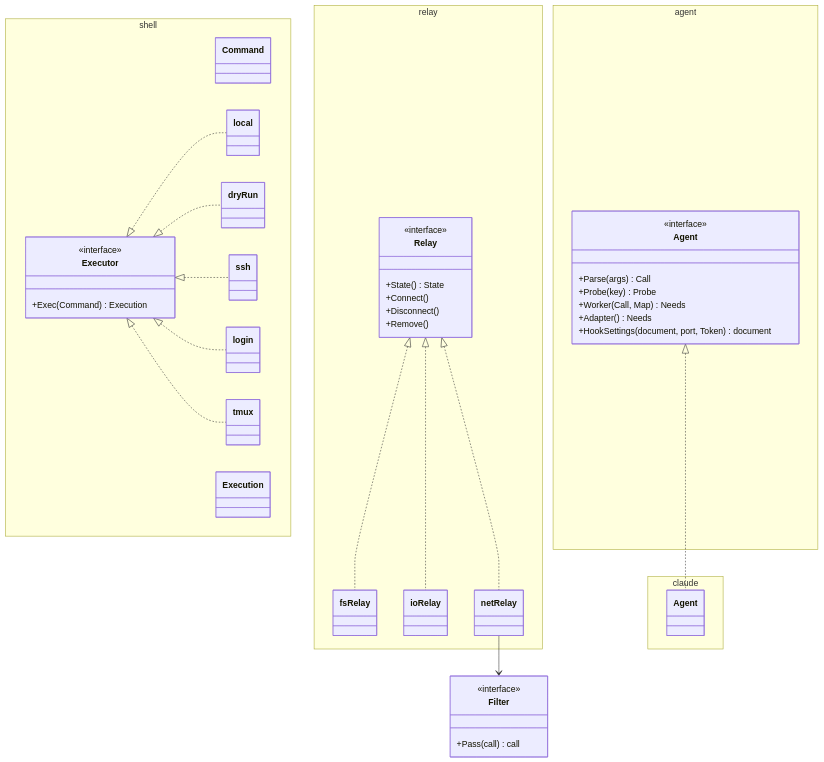
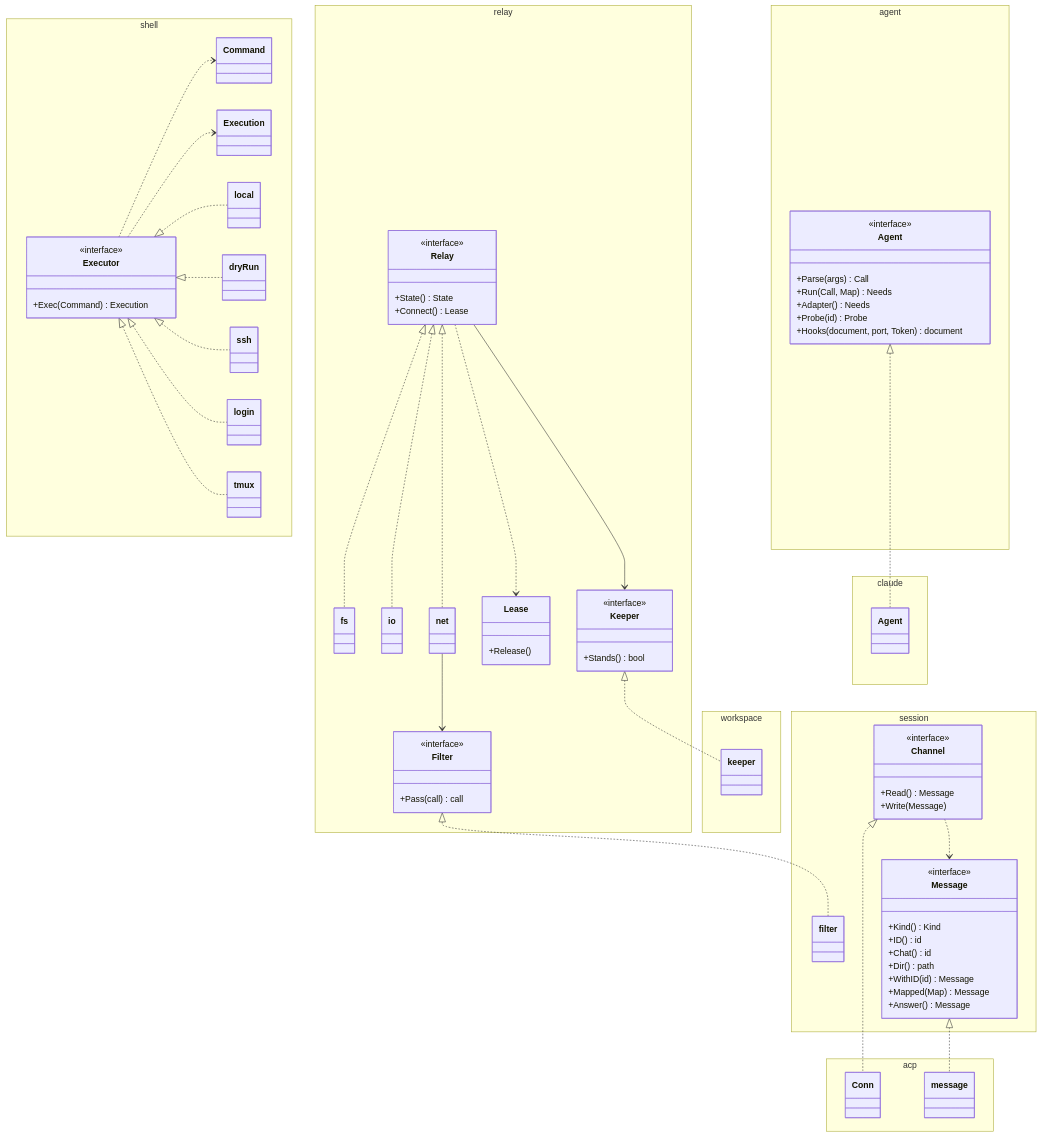
The seventh of 12 diagrams in docs/ARCHITECTURE.md (zerlok/hermod), drawn with Mermaid before and after one commit. The commit also changed other lines of this file and 2 other files, not shown here.

First line of the commit message:
docs(architecture): derive the interfaces from the package dependencies

````diff
--- a/docs/ARCHITECTURE.md
+++ b/docs/ARCHITECTURE.md
@@ -363,34 +379,64 @@
         class Relay {
             <<interface>>
             +State() State
-            +Connect()
-            +Disconnect()
-            +Remove()
+            +Connect() Lease
         }
-        class fsRelay
-        class ioRelay
-        class netRelay
+        class Lease {
+            +Release()
+        }
+        class Keeper {
+            <<interface>>
+            +Stands() bool
+        }
+        class Filter {
+            <<interface>>
+            +Pass(call) call
+        }
+        class fsRelay["fs"]
+        class ioRelay["io"]
+        class netRelay["net"]
     }
-    class Filter {
-        <<interface>>
-        +Pass(call) call
+    namespace workspace {
+        class workerKeeper["keeper"]
     }
-    
     namespace agent {
         class Agent {
             <<interface>>
             +Parse(args) Call
-            +Probe(key) Probe
-            +Worker(Call, Map) Needs
+            +Run(Call, Map) Needs
             +Adapter() Needs
-            +HookSettings(document, port, Token) document
+            +Probe(id) Probe
+            +Hooks(document, port, Token) document
         }
     }
-    
     namespace claude {
         class claudeAgent["Agent"]
     }
-    
+    namespace session {
+        class Channel {
+            <<interface>>
+            +Read() Message
+            +Write(Message)
+        }
+        class Message {
+            <<interface>>
+            +Kind() Kind
+            +ID() id
+            +Chat() id
+            +Dir() path
+            +WithID(id) Message
+            +Mapped(Map) Message
+            +Answer() Message
+        }
+        class hookFilter["filter"]
+    }
+    namespace acp {
+        class Conn
+        class acpMessage["message"]
+    }
+
+    Executor ..> Command
+    Executor ..> Execution
     Executor <|.. local
     Executor <|.. dryRun
     Executor <|.. ssh
@@ -399,6 +445,13 @@
     Relay <|.. fsRelay
     Relay <|.. ioRelay
     Relay <|.. netRelay
+    Relay ..> Lease
+    Relay --> Keeper
     netRelay --> Filter
+    Keeper <|.. workerKeeper
+    Filter <|.. hookFilter
     Agent <|.. claudeAgent
+    Channel <|.. Conn
+    Message <|.. acpMessage
+    Channel ..> Message
 ```
````
